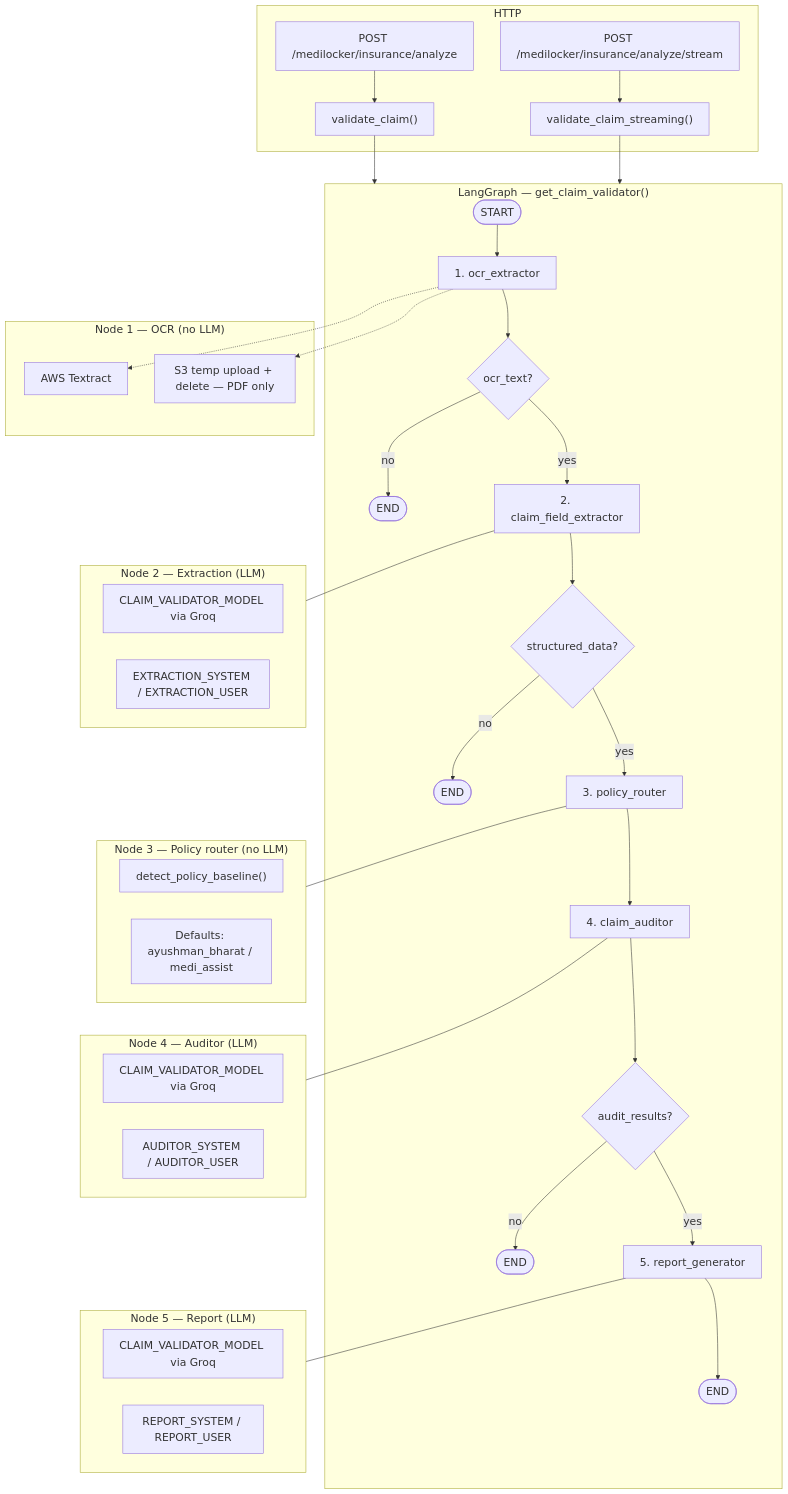
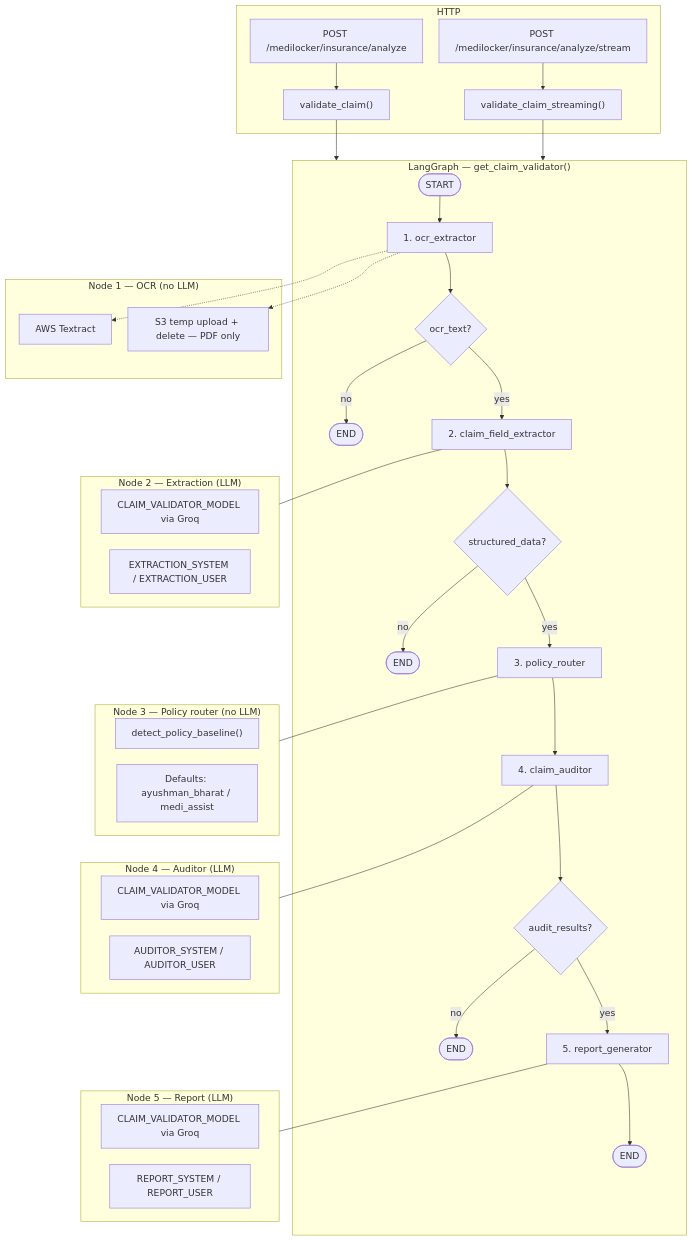
The diagram in a.md (Kokoro-Doctor/mermaid-diagram), drawn with Mermaid before and after one commit.

````diff
--- a/a.md
+++ b/a.md
@@ -1,75 +1,75 @@
 ```mermaid
 %%{init: {
   'themeVariables': { 
-    'fontSize': '20px'
+    'fontSize': '17px'
   },
   'flowchart': {
-    'nodeSpacing': 50,
-    'rankSpacing': 60,
+    'nodeSpacing': 30,
+    'rankSpacing': 50,
     'diagramPadding': 40
   }
 }}%%
 
 flowchart TB
     subgraph API["HTTP"]
         H["POST /medilocker/insurance/analyze"]
         HS["POST /medilocker/insurance/analyze/stream"]
         H --> V["validate_claim()"]
         HS --> VS["validate_claim_streaming()"]
     end
 
     subgraph Graph["LangGraph — get_claim_validator()"]
         START([START]) --> N1["1. ocr_extractor"]
 
         N1 --> G1{ocr_text?}
         G1 -->|no| END1([END])
         G1 -->|yes| N2["2. claim_field_extractor"]
 
         N2 --> G2{structured_data?}
         G2 -->|no| END2([END])
         G2 -->|yes| N3["3. policy_router"]
 
         N3 --> N4["4. claim_auditor"]
 
         N4 --> G3{audit_results?}
         G3 -->|no| END3([END])
         G3 -->|yes| N5["5. report_generator"]
 
         N5 --> END4([END])
     end
 
     V --> Graph
     VS --> Graph
 
     subgraph N1detail["Node 1 — OCR (no LLM)"]
         T1["AWS Textract"]
         S3temp["S3 temp upload + delete — PDF only"]
         N1 -.-> T1
         N1 -.-> S3temp
     end
 
     subgraph N2detail["Node 2 — Extraction (LLM)"]
         M2["CLAIM_VALIDATOR_MODEL via Groq"]
         P2["EXTRACTION_SYSTEM / EXTRACTION_USER"]
     end
 
     subgraph N3detail["Node 3 — Policy router (no LLM)"]
         PR["detect_policy_baseline()"]
         DEF["Defaults: ayushman_bharat / medi_assist"]
     end
 
     subgraph N4detail["Node 4 — Auditor (LLM)"]
         M4["CLAIM_VALIDATOR_MODEL via Groq"]
         P4["AUDITOR_SYSTEM / AUDITOR_USER"]
     end
 
     subgraph N5detail["Node 5 — Report (LLM)"]
         M5["CLAIM_VALIDATOR_MODEL via Groq"]
         P5["REPORT_SYSTEM / REPORT_USER"]
     end
 
     N2 --- N2detail
     N3 --- N3detail
     N4 --- N4detail
     N5 --- N5detail
 ```
````
